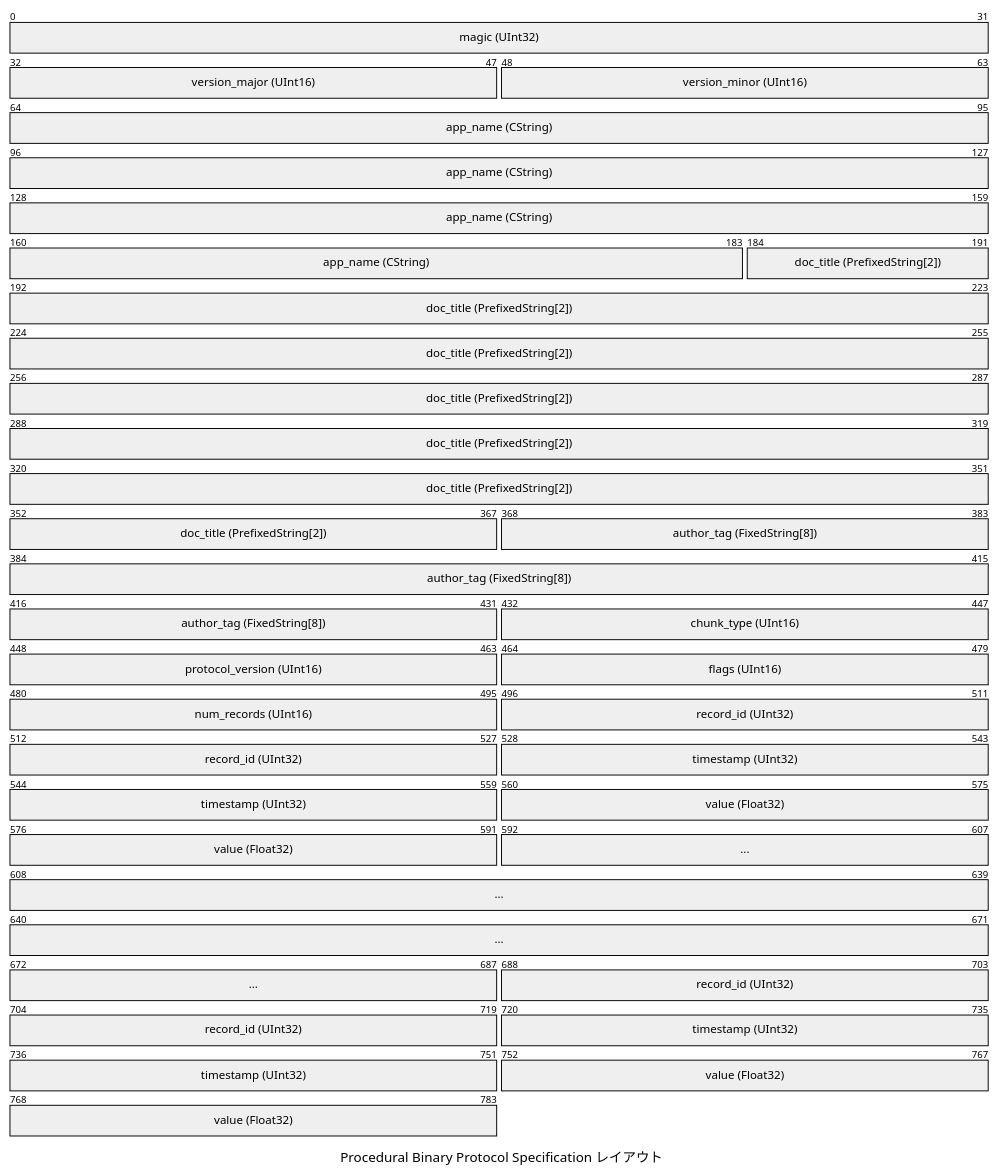
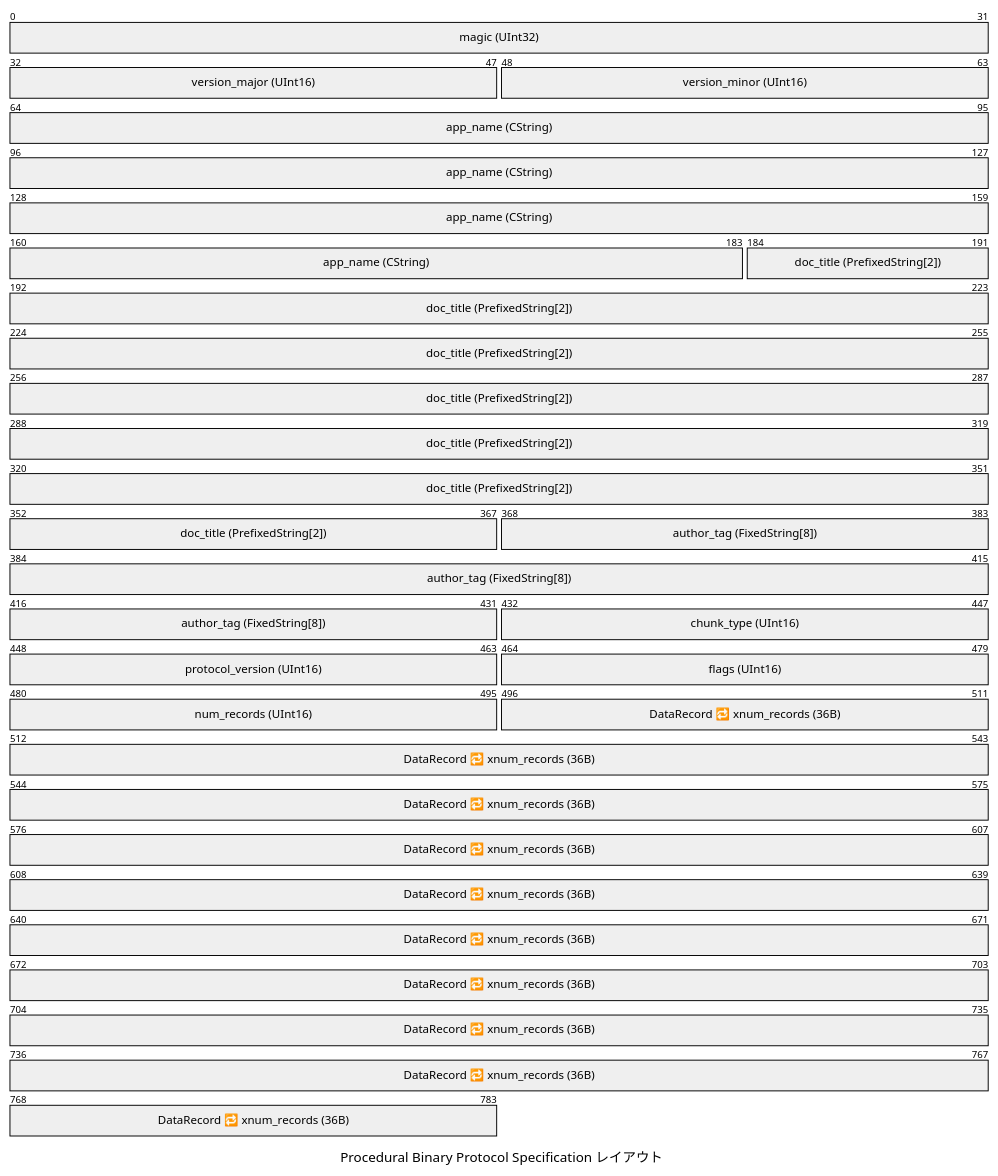
One commit to tamon-ishii/binary_master changed the second of 8 diagrams in sample/writer_output_spec.md. Above: the diagram before and after it, drawn with Mermaid (neutral theme). The commit also changed 6 other files, not shown here.

First line of the commit message:
fix(manual): aggregate structures in diagrams and eliminate unnecessary '...' ellipses

````diff
--- a/sample/writer_output_spec.md
+++ b/sample/writer_output_spec.md
@@ -52,21 +52,15 @@
 ```mermaid
 packet-beta
 title Procedural Binary Protocol Specification レイアウト
 0-31: "magic (UInt32)"
 32-47: "version_major (UInt16)"
 48-63: "version_minor (UInt16)"
 64-183: "app_name (CString)"
 184-367: "doc_title (PrefixedString[2])"
 368-431: "author_tag (FixedString[8])"
 432-447: "chunk_type (UInt16)"
 448-463: "protocol_version (UInt16)"
 464-479: "flags (UInt16)"
 480-495: "num_records (UInt16)"
-496-527: "record_id (UInt32)"
-528-559: "timestamp (UInt32)"
-560-591: "value (Float32)"
-592-687: "..."
-688-719: "record_id (UInt32)"
-720-751: "timestamp (UInt32)"
-752-783: "value (Float32)"
+496-783: "DataRecord 🔁 xnum_records (36B)"
 ```
````
